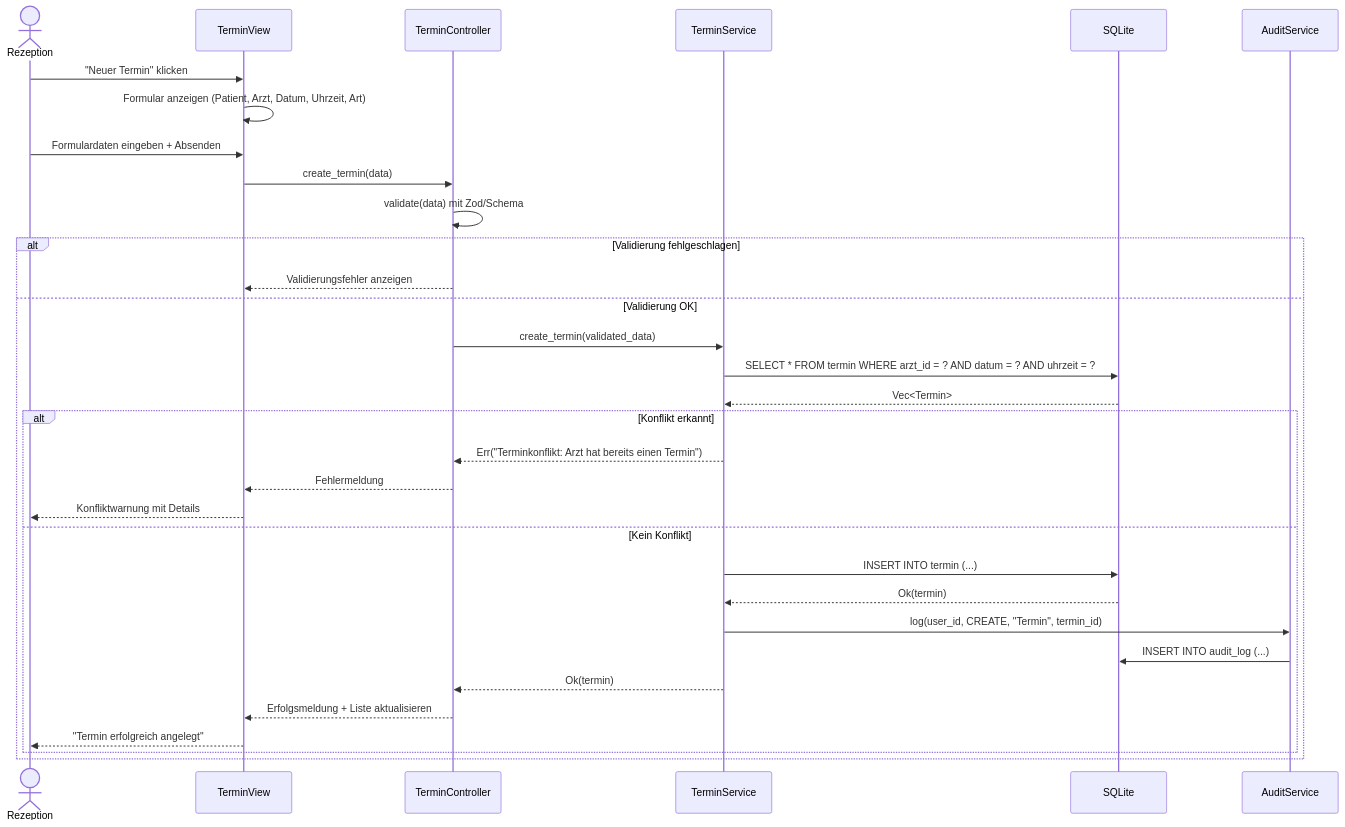
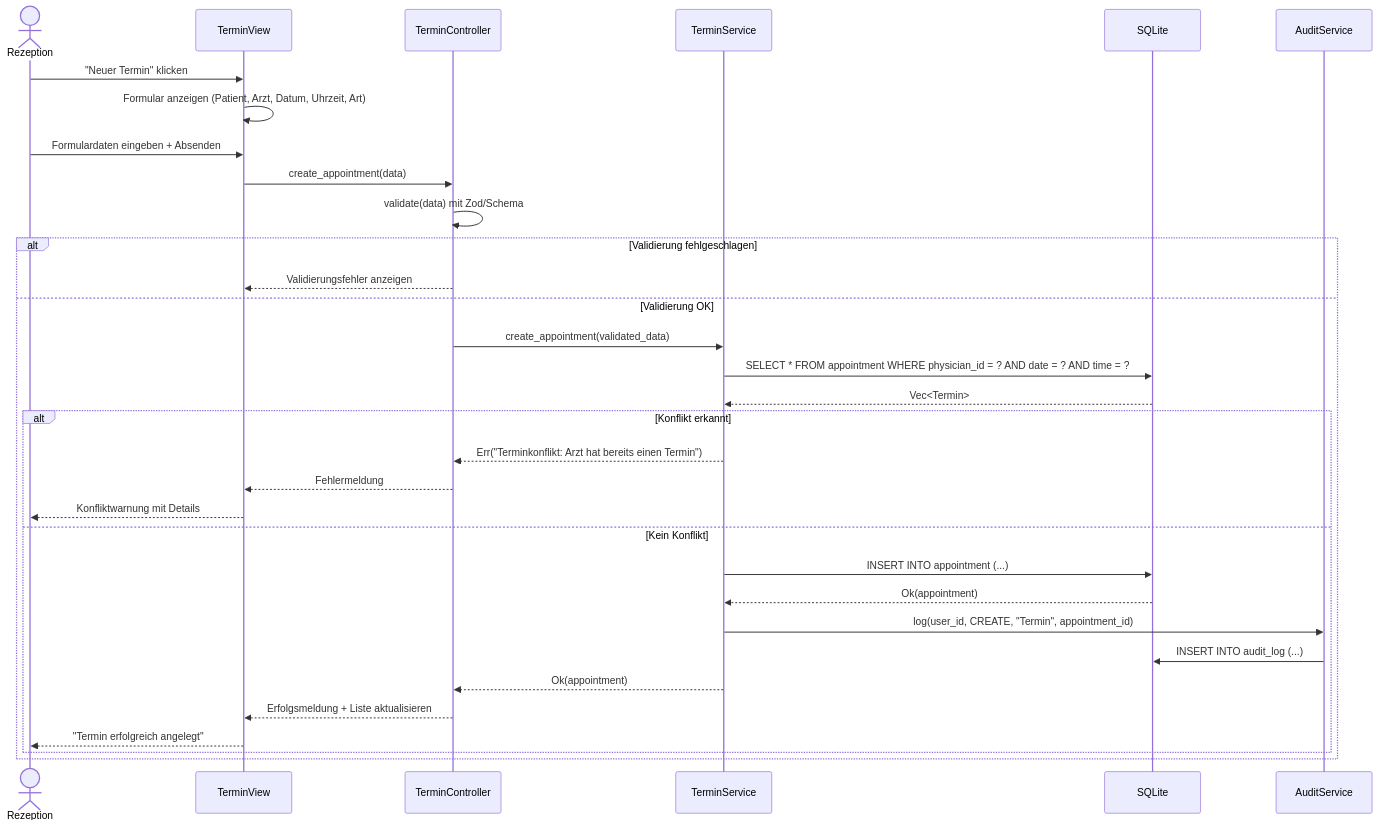
One commit to Achrafbennanizia/Medoc changed the second of 5 diagrams in docs/uml/03-sequence-diagram.md. Above: the diagram before and after it, drawn with Mermaid. The commit also changed other lines of this file and 1081 other files, not shown here.

````diff
--- a/docs/uml/03-sequence-diagram.md
+++ b/docs/uml/03-sequence-diagram.md
@@ -45,38 +45,38 @@
 ```mermaid
 sequenceDiagram
     actor Rezeption
     participant View as TerminView
     participant Controller as TerminController
     participant Service as TerminService
     participant DB as SQLite
     participant Audit as AuditService
 
     Rezeption->>View: "Neuer Termin" klicken
     View->>View: Formular anzeigen (Patient, Arzt, Datum, Uhrzeit, Art)
     Rezeption->>View: Formulardaten eingeben + Absenden
 
-    View->>Controller: create_termin(data)
+    View->>Controller: create_appointment(data)
     Controller->>Controller: validate(data) mit Zod/Schema
 
     alt Validierung fehlgeschlagen
         Controller-->>View: Validierungsfehler anzeigen
     else Validierung OK
-        Controller->>Service: create_termin(validated_data)
-        Service->>DB: SELECT * FROM termin WHERE arzt_id = ? AND datum = ? AND uhrzeit = ?
+        Controller->>Service: create_appointment(validated_data)
+        Service->>DB: SELECT * FROM appointment WHERE physician_id = ? AND date = ? AND time = ?
         DB-->>Service: Vec<Termin>
 
         alt Konflikt erkannt
             Service-->>Controller: Err("Terminkonflikt: Arzt hat bereits einen Termin")
             Controller-->>View: Fehlermeldung
             View-->>Rezeption: Konfliktwarnung mit Details
         else Kein Konflikt
-            Service->>DB: INSERT INTO termin (...)
-            DB-->>Service: Ok(termin)
-            Service->>Audit: log(user_id, CREATE, "Termin", termin_id)
+            Service->>DB: INSERT INTO appointment (...)
+            DB-->>Service: Ok(appointment)
+            Service->>Audit: log(user_id, CREATE, "Termin", appointment_id)
             Audit->>DB: INSERT INTO audit_log (...)
-            Service-->>Controller: Ok(termin)
+            Service-->>Controller: Ok(appointment)
             Controller-->>View: Erfolgsmeldung + Liste aktualisieren
             View-->>Rezeption: "Termin erfolgreich angelegt"
         end
     end
 ```
````
